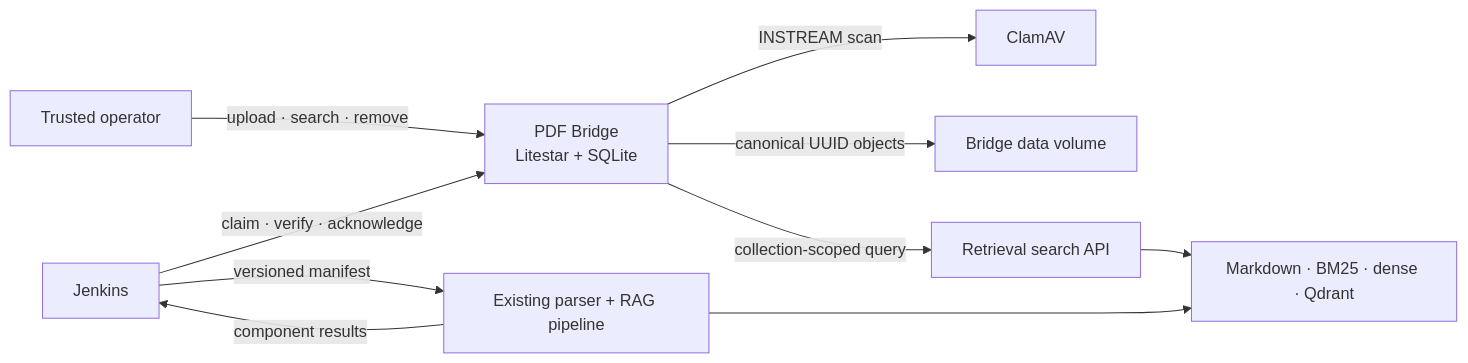
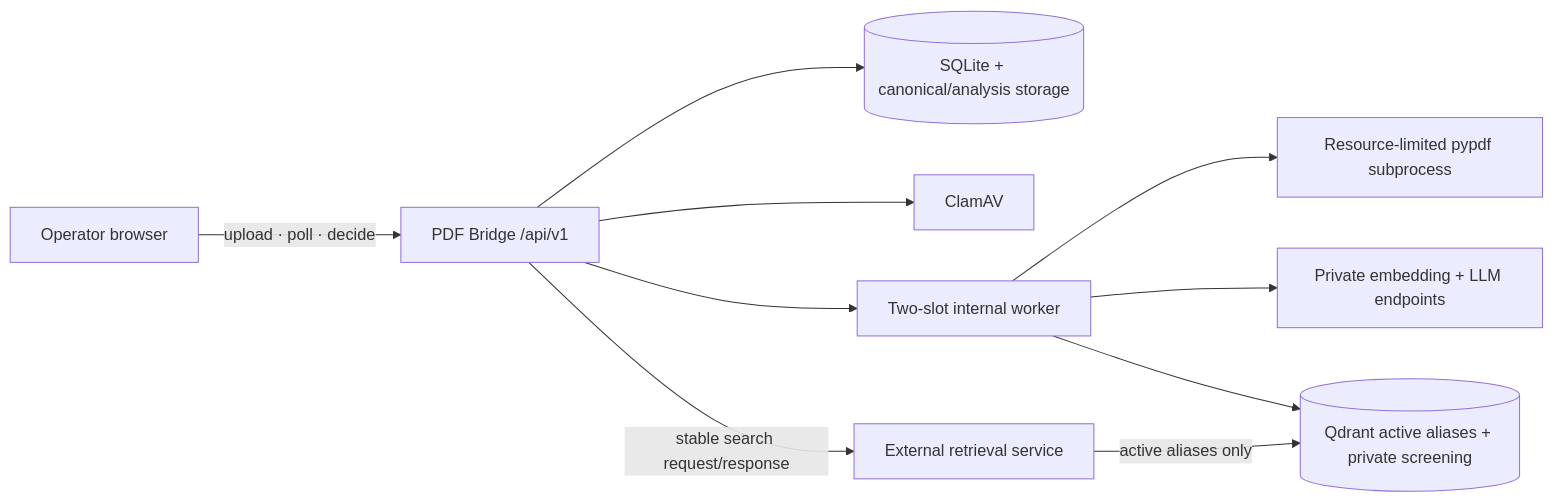
The diagram in README.md (icosahedron10/pdf-bridge), drawn with Mermaid before and after one commit. The commit also changed other lines of this file and 91 other files, not shown here.

````diff
--- a/README.md
+++ b/README.md
@@ -45,12 +30,12 @@
 ```mermaid
 flowchart LR
-    U["Trusted operator"] -->|"upload · search · remove"| B["PDF Bridge<br/>Litestar + SQLite"]
-    B -->|"INSTREAM scan"| C["ClamAV"]
-    B -->|"canonical UUID objects"| V["Bridge data volume"]
-    J["Jenkins"] -->|"claim · verify · acknowledge"| B
-    J -->|"versioned manifest"| R["Existing parser + RAG pipeline"]
-    R -->|"component results"| J
-    R --> Q["Markdown · BM25 · dense · Qdrant"]
-    B -->|"collection-scoped query"| S["Retrieval search API"]
-    S --> Q
+    O["Operator browser"] -->|"upload · poll · decide"| B["PDF Bridge /api/v1"]
+    B --> S[("SQLite + canonical/analysis storage")]
+    B --> C["ClamAV"]
+    B --> W["Two-slot internal worker"]
+    W --> P["Resource-limited pypdf subprocess"]
+    W --> M["Private embedding + LLM endpoints"]
+    W --> Q[("Qdrant active aliases + private screening")]
+    R["External retrieval service"] -->|"active aliases only"| Q
+    B -->|"stable search request/response"| R
 ```
````
